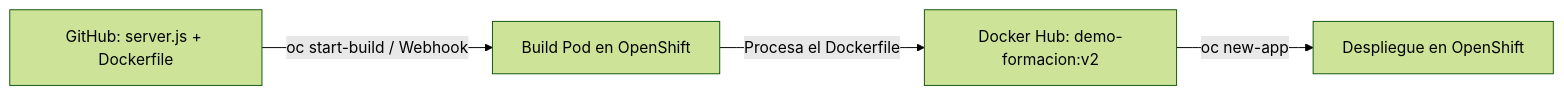
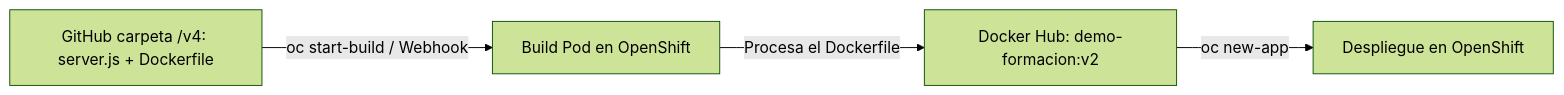
One commit to ieftraining/curso-openshift changed the sixth of 6 diagrams in docs/sesion4/4.5 Construir en la plataforma.md. Above: the diagram before and after it, drawn with Mermaid (forest theme). The commit also changed other lines of this file, not shown here.

````diff
--- a/docs/sesion4/4.5 Construir en la plataforma.md
+++ b/docs/sesion4/4.5 Construir en la plataforma.md
@@ -188,6 +188,6 @@
 ```mermaid
 flowchart LR
-    A[GitHub: server.js + Dockerfile] -->|oc start-build / Webhook| B[Build Pod en OpenShift]
+    A[GitHub carpeta /v4: server.js + Dockerfile] -->|oc start-build / Webhook| B[Build Pod en OpenShift]
     B -->|Procesa el Dockerfile| C[Docker Hub: demo-formacion:v2]
     C -->|oc new-app| D[Despliegue en OpenShift]
 ```
````
